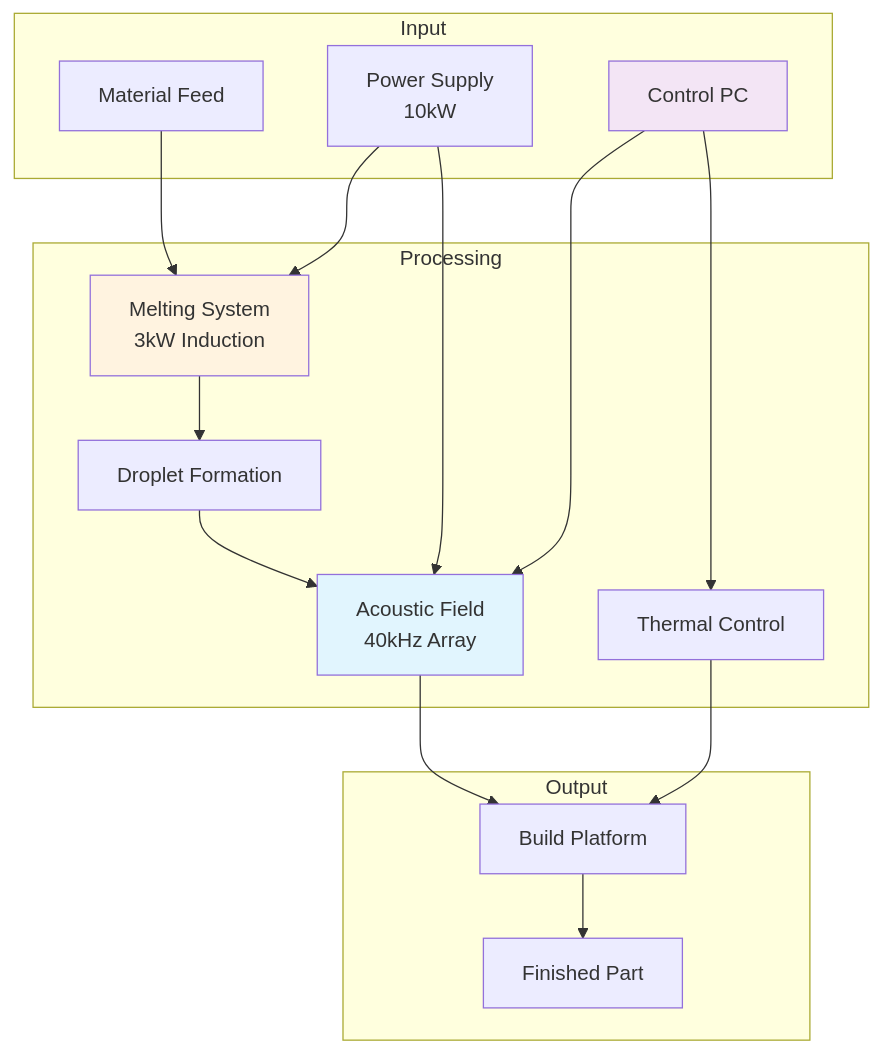
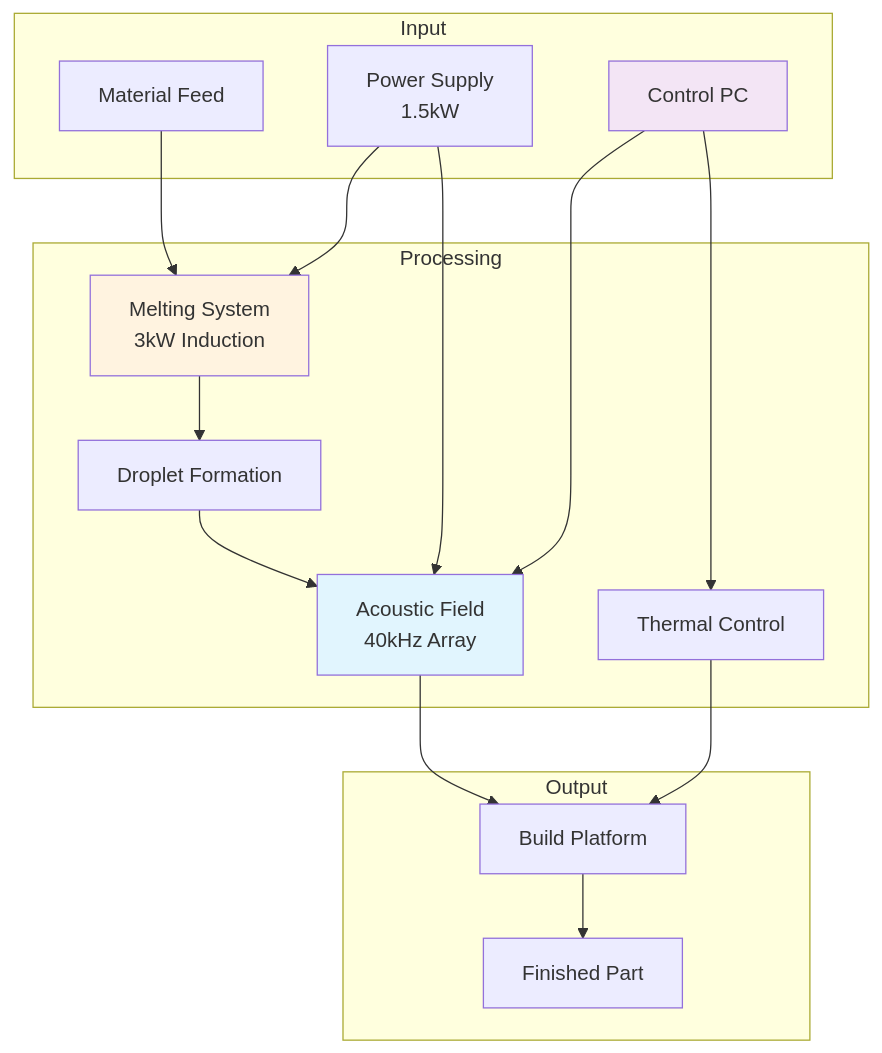
Before and after one commit to jnarwell/drip: the first of 2 diagrams in docs/system/architecture.md, drawn with Mermaid. The commit also changed other lines of this file and 11 other files, not shown here.

````diff
--- a/docs/system/architecture.md
+++ b/docs/system/architecture.md
@@ -9,36 +9,36 @@
 ```mermaid
 graph TB
     subgraph "Input"
         MAT[Material Feed]
-        PWR[Power Supply<br/>10kW]
+        PWR[Power Supply<br/>1.5kW]
         CTRL[Control PC]
     end
     
     subgraph "Processing"
         MELT[Melting System<br/>3kW Induction]
         DROP[Droplet Formation]
         ACOU[Acoustic Field<br/>40kHz Array]
         THER[Thermal Control]
     end
     
     subgraph "Output"
         BUILD[Build Platform]
         PART[Finished Part]
     end
     
     MAT --> MELT
     MELT --> DROP
     DROP --> ACOU
     ACOU --> BUILD
     BUILD --> PART
     
     PWR --> MELT
     PWR --> ACOU
     CTRL --> ACOU
     CTRL --> THER
     THER --> BUILD
     
     style ACOU fill:#e1f5fe
     style MELT fill:#fff3e0
     style CTRL fill:#f3e5f5
 ```
````
